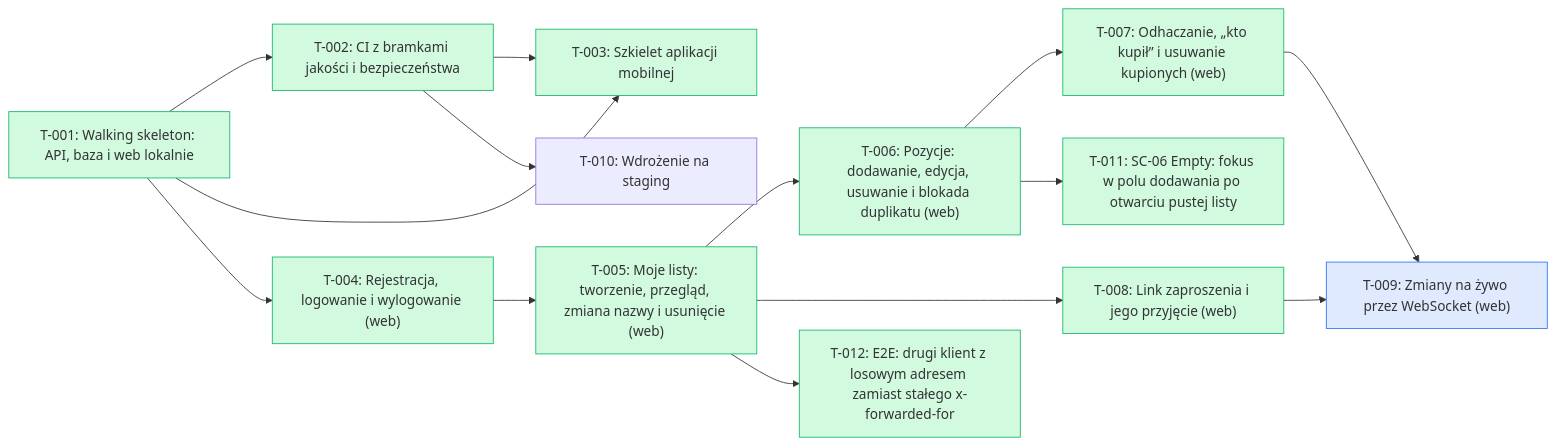
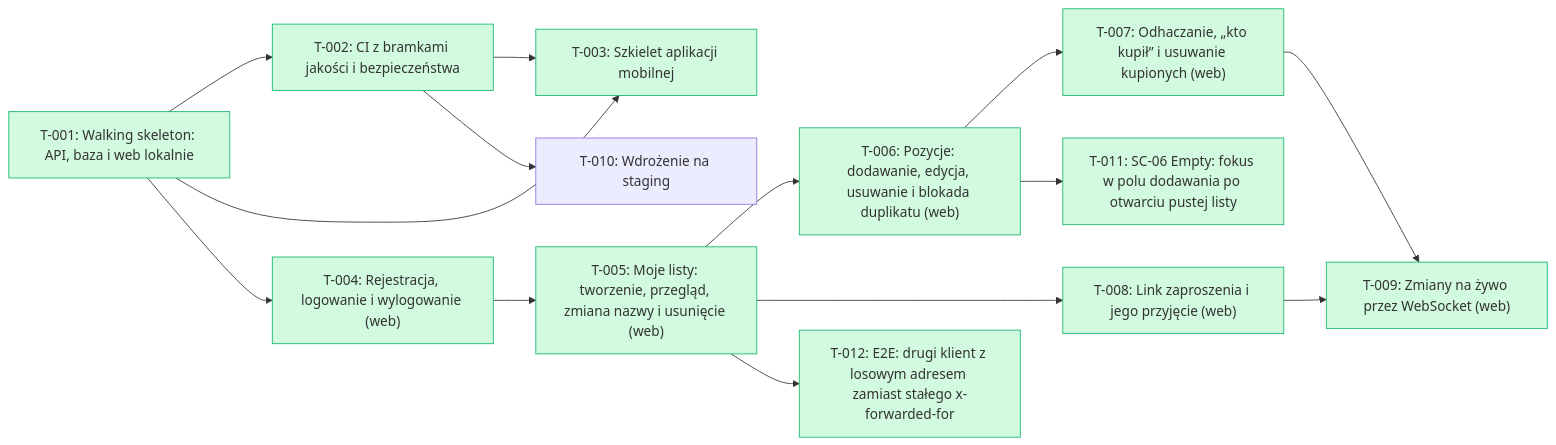
The diagram in docs/backlog/index.md (tombraz/lista-zakupow), drawn with Mermaid before and after one commit. The commit also changed other lines of this file and 2 other files, not shown here.

````diff
--- a/docs/backlog/index.md
+++ b/docs/backlog/index.md
@@ -17,32 +17,32 @@
 ```mermaid
 flowchart LR
   T_001["T-001: Walking skeleton: API, baza i web lokalnie"]:::done
   T_002["T-002: CI z bramkami jakości i bezpieczeństwa"]:::done
   T_003["T-003: Szkielet aplikacji mobilnej"]:::done
   T_004["T-004: Rejestracja, logowanie i wylogowanie (web)"]:::done
   T_005["T-005: Moje listy: tworzenie, przegląd, zmiana nazwy i usunięcie (web)"]:::done
   T_006["T-006: Pozycje: dodawanie, edycja, usuwanie i blokada duplikatu (web)"]:::done
   T_007["T-007: Odhaczanie, „kto kupił” i usuwanie kupionych (web)"]:::done
   T_008["T-008: Link zaproszenia i jego przyjęcie (web)"]:::done
-  T_009["T-009: Zmiany na żywo przez WebSocket (web)"]:::qa
+  T_009["T-009: Zmiany na żywo przez WebSocket (web)"]:::done
   T_010["T-010: Wdrożenie na staging"]
   T_011["T-011: SC-06 Empty: fokus w polu dodawania po otwarciu pustej listy"]:::done
   T_012["T-012: E2E: drugi klient z losowym adresem zamiast stałego x-forwarded-for"]:::done
   T_001 --> T_002
   T_001 --> T_003
   T_002 --> T_003
   T_001 --> T_004
   T_004 --> T_005
   T_005 --> T_006
   T_006 --> T_007
   T_005 --> T_008
   T_007 --> T_009
   T_008 --> T_009
   T_002 --> T_010
   T_006 --> T_011
   T_005 --> T_012
   classDef done fill:#d1fadf,stroke:#12b76a
   classDef wip fill:#fef0c7,stroke:#f79009
   classDef qa fill:#e0eaff,stroke:#2970ff
   classDef blocked fill:#fee4e2,stroke:#f04438
 ```
````
